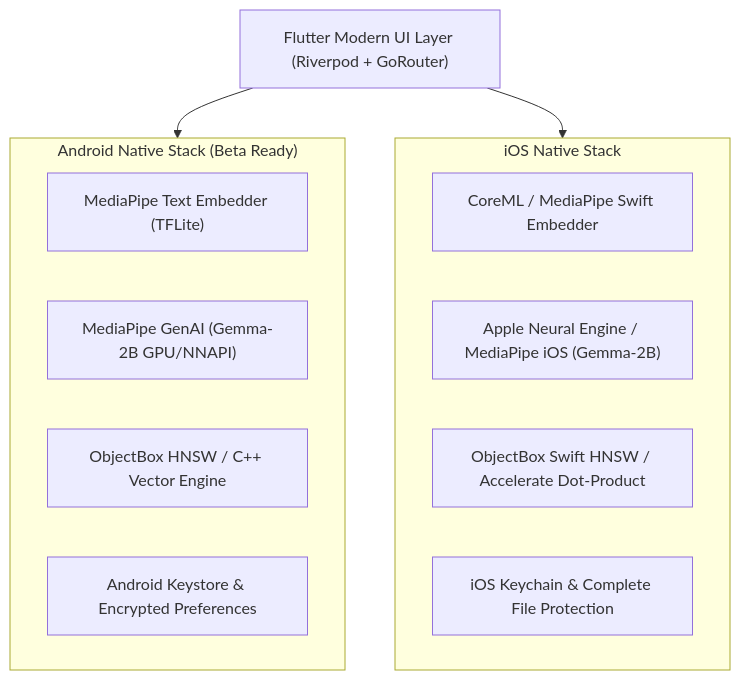
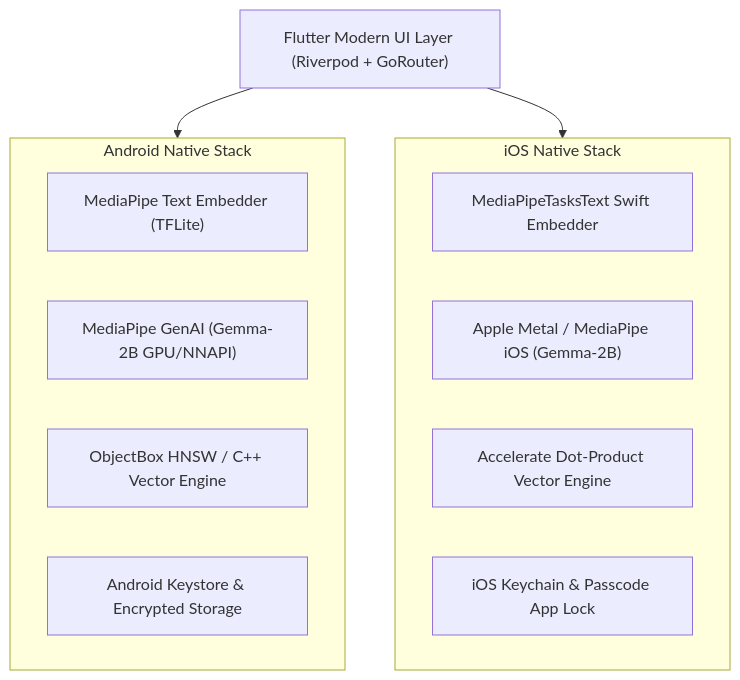
The diagram in FEATURE_LIST.md (madusankapremaratne/edgetal-kotlin), drawn with Mermaid before and after one commit. The commit also changed other lines of this file, not shown here.

Commit message:
docs: update FEATURE_LIST.md with comprehensive platform architecture and feature matrix

````diff
--- a/FEATURE_LIST.md
+++ b/FEATURE_LIST.md
@@ -55,21 +55,21 @@
 ```mermaid
 graph TD
     UI["Flutter Modern UI Layer (Riverpod + GoRouter)"]
     
-    subgraph Android["Android Native Stack (Beta Ready)"]
+    subgraph Android["Android Native Stack"]
         A_EMB["MediaPipe Text Embedder (TFLite)"]
         A_LLM["MediaPipe GenAI (Gemma-2B GPU/NNAPI)"]
         A_VEC["ObjectBox HNSW / C++ Vector Engine"]
-        A_SEC["Android Keystore & Encrypted Preferences"]
-    end
+        A_SEC["Android Keystore & Encrypted Storage"]
+      end
 
     subgraph iOS["iOS Native Stack"]
-        I_EMB["CoreML / MediaPipe Swift Embedder"]
-        I_LLM["Apple Neural Engine / MediaPipe iOS (Gemma-2B)"]
-        I_VEC["ObjectBox Swift HNSW / Accelerate Dot-Product"]
-        I_SEC["iOS Keychain & Complete File Protection"]
+        I_EMB["MediaPipeTasksText Swift Embedder"]
+        I_LLM["Apple Metal / MediaPipe iOS (Gemma-2B)"]
+        I_VEC["Accelerate Dot-Product Vector Engine"]
+        I_SEC["iOS Keychain & Passcode App Lock"]
     end
 
     UI --> Android
     UI --> iOS
 ```
````
